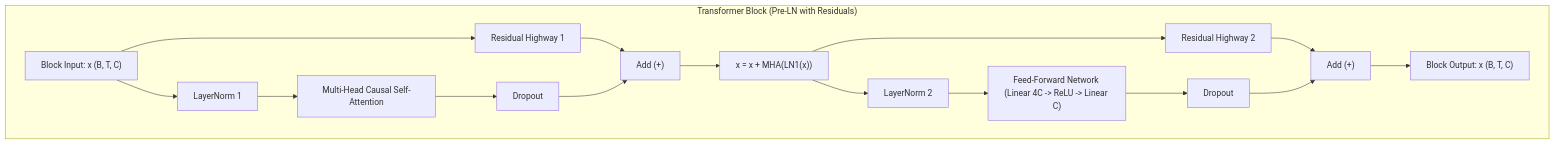
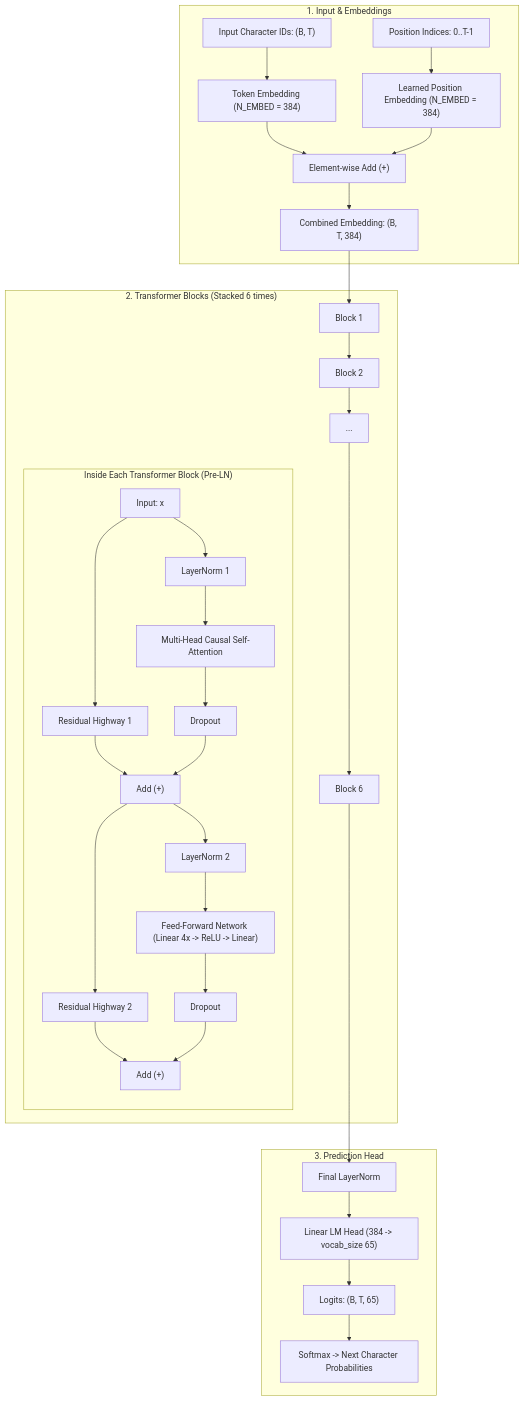
The second of 3 diagrams in README.md (Bariharsh/GPT-scratch), drawn with Mermaid before and after one commit. The commit also changed other lines of this file and 1 other file, not shown here.

````diff
--- a/README.md
+++ b/README.md
@@ -90,21 +105,41 @@
 ```mermaid
 flowchart TD
-    subgraph TransformerBlock["Transformer Block (Pre-LN with Residuals)"]
-        BlockIn["Block Input: x (B, T, C)"] --> Skip1["Residual Highway 1"]
-        BlockIn --> LN1["LayerNorm 1"]
-        LN1 --> MHA["Multi-Head Causal Self-Attention"]
-        MHA --> Drop1["Dropout"]
-        Skip1 --> Add1["Add (+)"]
-        Drop1 --> Add1
-        
-        Add1 --> MidX["x = x + MHA(LN1(x))"]
-        MidX --> Skip2["Residual Highway 2"]
-        MidX --> LN2["LayerNorm 2"]
-        LN2 --> FFN["Feed-Forward Network (Linear 4C -> ReLU -> Linear C)"]
-        FFN --> Drop2["Dropout"]
-        Skip2 --> Add2["Add (+)"]
-        Drop2 --> Add2
-        
-        Add2 --> BlockOut["Block Output: x (B, T, C)"]
+    subgraph Inputs["1. Input & Embeddings"]
+        InTokens["Input Character IDs: (B, T)"] --> TokEmb["Token Embedding (N_EMBED = 384)"]
+        InPositions["Position Indices: 0..T-1"] --> PosEmb["Learned Position Embedding (N_EMBED = 384)"]
+        TokEmb --> AddEmb["Element-wise Add (+)"]
+        PosEmb --> AddEmb
+        AddEmb --> BlocksIn["Combined Embedding: (B, T, 384)"]
+    end
+
+    subgraph BlocksStack["2. Transformer Blocks (Stacked 6 times)"]
+        BlocksIn --> Block1["Block 1"]
+        Block1 --> Block2["Block 2"]
+        Block2 --> BlockDots["..."]
+        BlockDots --> Block6["Block 6"]
+
+        subgraph BlockDetail["Inside Each Transformer Block (Pre-LN)"]
+            direction TB
+            BIn["Input: x"] --> Skip1["Residual Highway 1"]
+            BIn --> LN1["LayerNorm 1"]
+            LN1 --> MHA["Multi-Head Causal Self-Attention"]
+            MHA --> Drop1["Dropout"]
+            Skip1 --> Add1["Add (+)"]
+            Drop1 --> Add1
+
+            Add1 --> Skip2["Residual Highway 2"]
+            Add1 --> LN2["LayerNorm 2"]
+            LN2 --> FFN["Feed-Forward Network (Linear 4x -> ReLU -> Linear)"]
+            FFN --> Drop2["Dropout"]
+            Skip2 --> Add2["Add (+)"]
+            Drop2 --> Add2
+        end
+    end
+
+    subgraph Output["3. Prediction Head"]
+        Block6 --> FinalLN["Final LayerNorm"]
+        FinalLN --> LMHead["Linear LM Head (384 -> vocab_size 65)"]
+        LMHead --> Logits["Logits: (B, T, 65)"]
+        Logits --> Smax["Softmax -> Next Character Probabilities"]
     end
 ```
````
